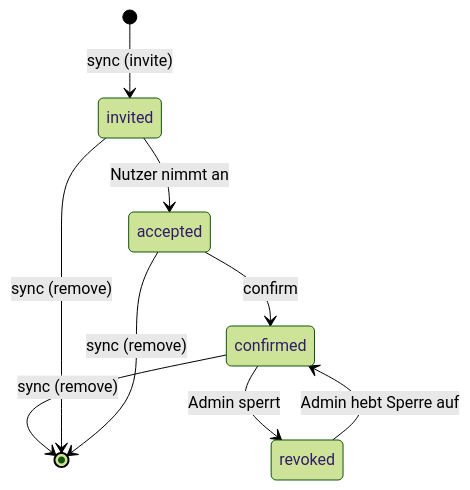
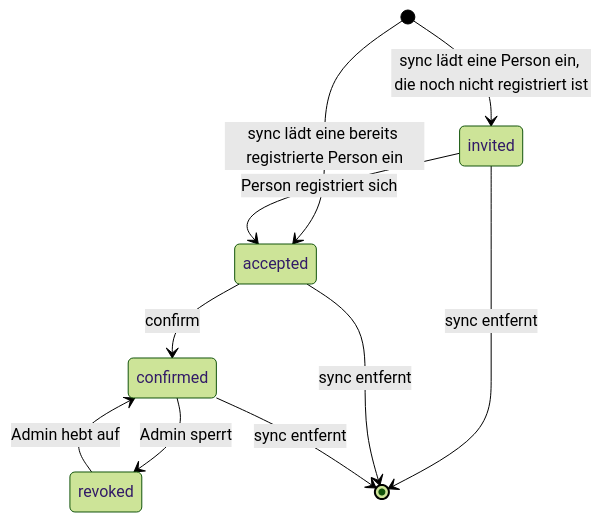
The first of 2 diagrams in docs/API.md (WhiteCoale/vwsync-api), drawn with Mermaid (forest theme) before and after one commit. The commit also changed other lines of this file and 42 other files, not shown here.

````diff
--- a/docs/API.md
+++ b/docs/API.md
@@ -387,11 +453,12 @@
 ```mermaid
 stateDiagram-v2
-    [*] --> invited: sync (invite)
-    invited --> accepted: Nutzer nimmt an
+    [*] --> invited: sync lädt eine Person ein, die noch nicht registriert ist
+    [*] --> accepted: sync lädt eine bereits registrierte Person ein
+    invited --> accepted: Person registriert sich
     accepted --> confirmed: confirm
-    confirmed --> [*]: sync (remove)
-    invited --> [*]: sync (remove)
-    accepted --> [*]: sync (remove)
     confirmed --> revoked: Admin sperrt
-    revoked --> confirmed: Admin hebt Sperre auf
+    revoked --> confirmed: Admin hebt auf
+    invited --> [*]: sync entfernt
+    accepted --> [*]: sync entfernt
+    confirmed --> [*]: sync entfernt
 ```
````
